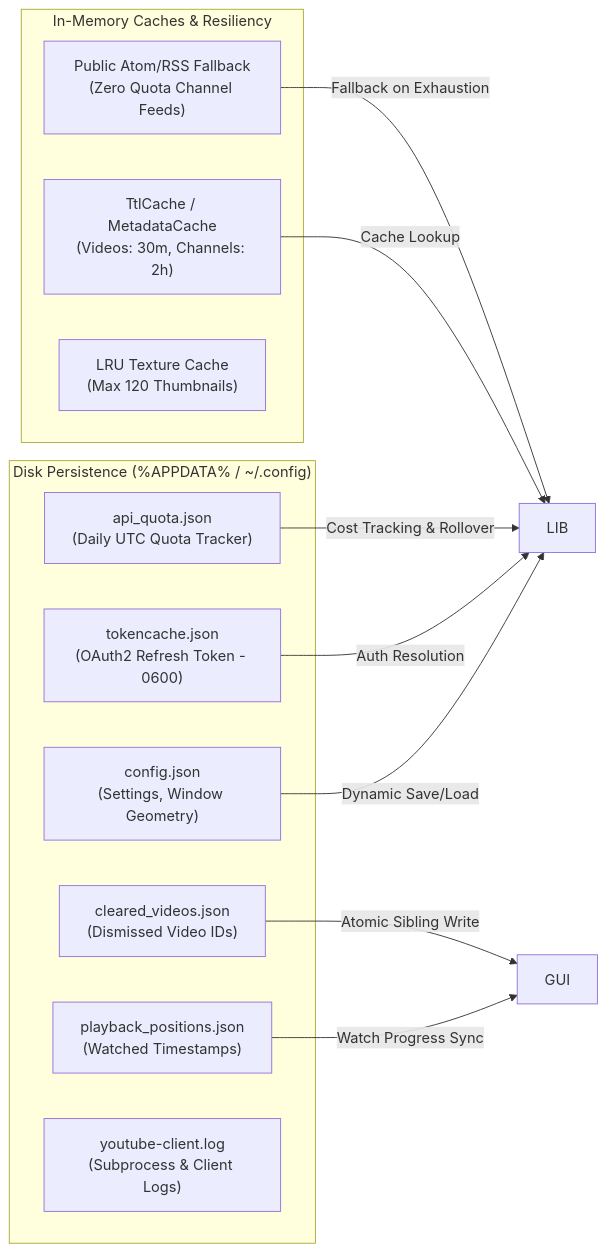
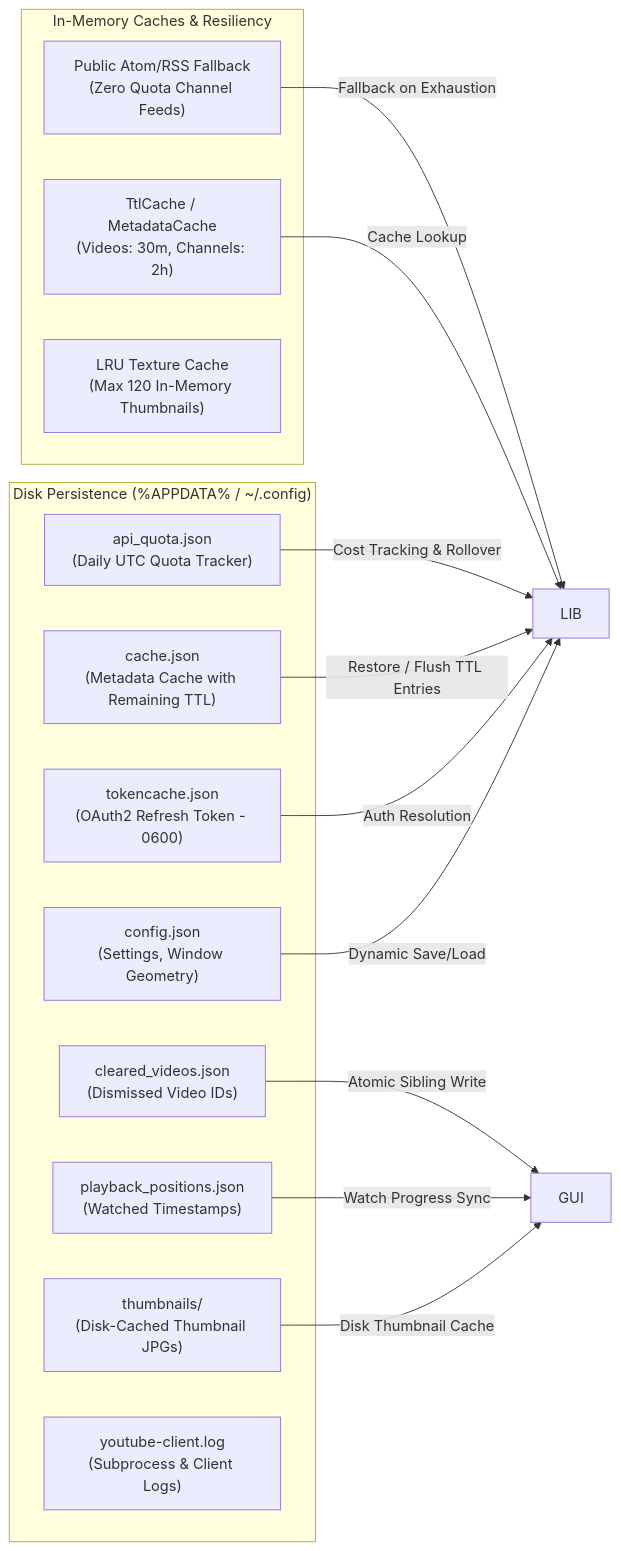
The fourth of 4 diagrams in docs/architecture.md (clockworkengineer/youtube-client), drawn with Mermaid before and after one commit. The commit also changed other lines of this file and 1 other file, not shown here.

Commit message:
docs: document api-key, device-code flow, SponsorBlock, MPV IPC, and persistent caching

````diff
--- a/docs/architecture.md
+++ b/docs/architecture.md
@@ -134,25 +150,29 @@
 ```mermaid
 graph LR
     subgraph "Disk Persistence (%APPDATA% / ~/.config)"
         CONF["config.json<br/>(Settings, Window Geometry)"]
         TOK["tokencache.json<br/>(OAuth2 Refresh Token - 0600)"]
+        CACHE["cache.json<br/>(Metadata Cache with Remaining TTL)"]
+        THUMBS["thumbnails/<br/>(Disk-Cached Thumbnail JPGs)"]
         QUOTA["api_quota.json<br/>(Daily UTC Quota Tracker)"]
         POS["playback_positions.json<br/>(Watched Timestamps)"]
         CLR["cleared_videos.json<br/>(Dismissed Video IDs)"]
         LOG["youtube-client.log<br/>(Subprocess & Client Logs)"]
     end
 
     subgraph "In-Memory Caches & Resiliency"
         TTL["TtlCache / MetadataCache<br/>(Videos: 30m, Channels: 2h)"]
         RSS["Public Atom/RSS Fallback<br/>(Zero Quota Channel Feeds)"]
-        TEX["LRU Texture Cache<br/>(Max 120 Thumbnails)"]
+        TEX["LRU Texture Cache<br/>(Max 120 In-Memory Thumbnails)"]
     end
 
     CONF -->|Dynamic Save/Load| LIB
     TOK -->|Auth Resolution| LIB
+    CACHE -->|Restore / Flush TTL Entries| LIB
+    THUMBS -->|Disk Thumbnail Cache| GUI
     QUOTA -->|Cost Tracking & Rollover| LIB
     POS -->|Watch Progress Sync| GUI
     CLR -->|Atomic Sibling Write| GUI
     TTL -->|Cache Lookup| LIB
     RSS -->|Fallback on Exhaustion| LIB
 ```
````
